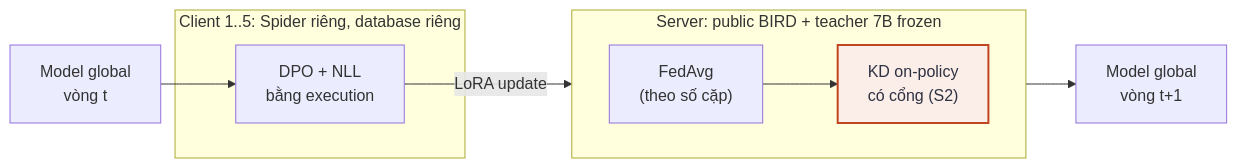
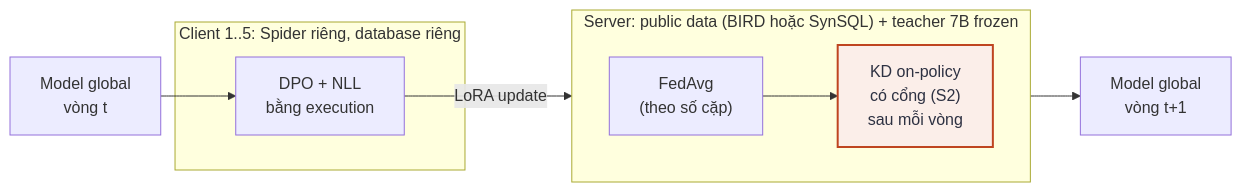
The diagram in paper/notes/figures/01_overview.mmd (phungnmd/FedICL-SQL-Framework), drawn with Mermaid before and after one commit. The commit also changed 6 other files, not shown here.

Commit message:
docs: reorganize the direction note into client, server and timing choices

```diff
--- a/paper/notes/figures/01_overview.mmd
+++ b/paper/notes/figures/01_overview.mmd
@@ -1,16 +1,16 @@
-%% Method tổng thể, một vòng: client học từ execution trên dữ liệu riêng, server học từ teacher trên public BIRD
+%% Method tổng thể, một vòng: client học từ execution trên dữ liệu riêng, server học từ teacher trên public data
 flowchart LR
   G0["Model global<br/>vòng t"]
   subgraph C["Client 1..5: Spider riêng, database riêng"]
     CL["DPO + NLL<br/>bằng execution"]
   end
-  subgraph S["Server: public BIRD + teacher 7B frozen"]
+  subgraph S["Server: public data (BIRD hoặc SynSQL) + teacher 7B frozen"]
     direction LR
-    AGG["FedAvg<br/>(theo số cặp)"] --> SRV["KD on-policy<br/>có cổng (S2)"]
+    AGG["FedAvg<br/>(theo số cặp)"] --> SRV["KD on-policy<br/>có cổng (S2)<br/>sau mỗi vòng"]
   end
   G1["Model global<br/>vòng t+1"]
   G0 --> CL
   CL -- "LoRA update" --> AGG
   SRV --> G1
   classDef focal fill:#fbeee9,stroke:#bf4520,stroke-width:2px,color:#2d3142
   class SRV focal
```
